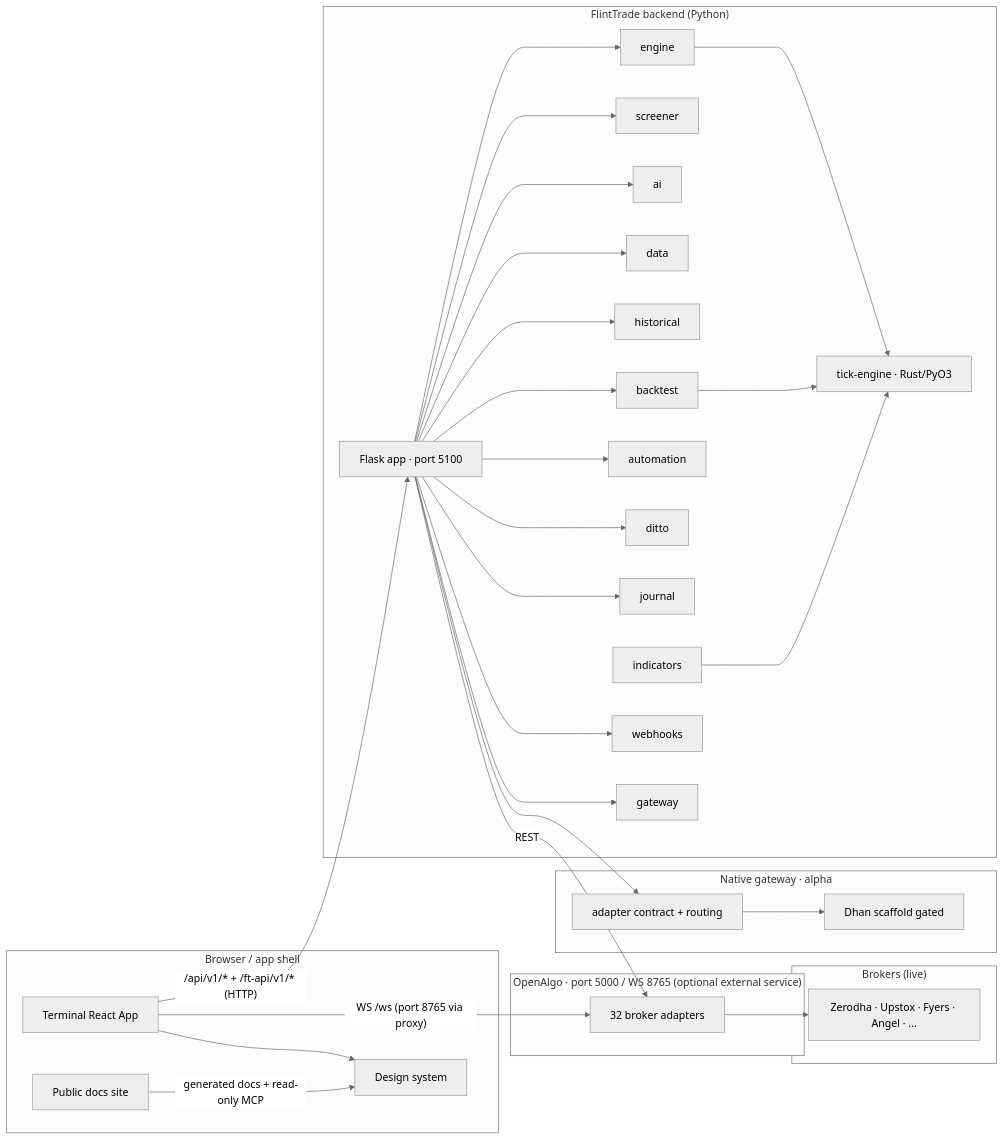
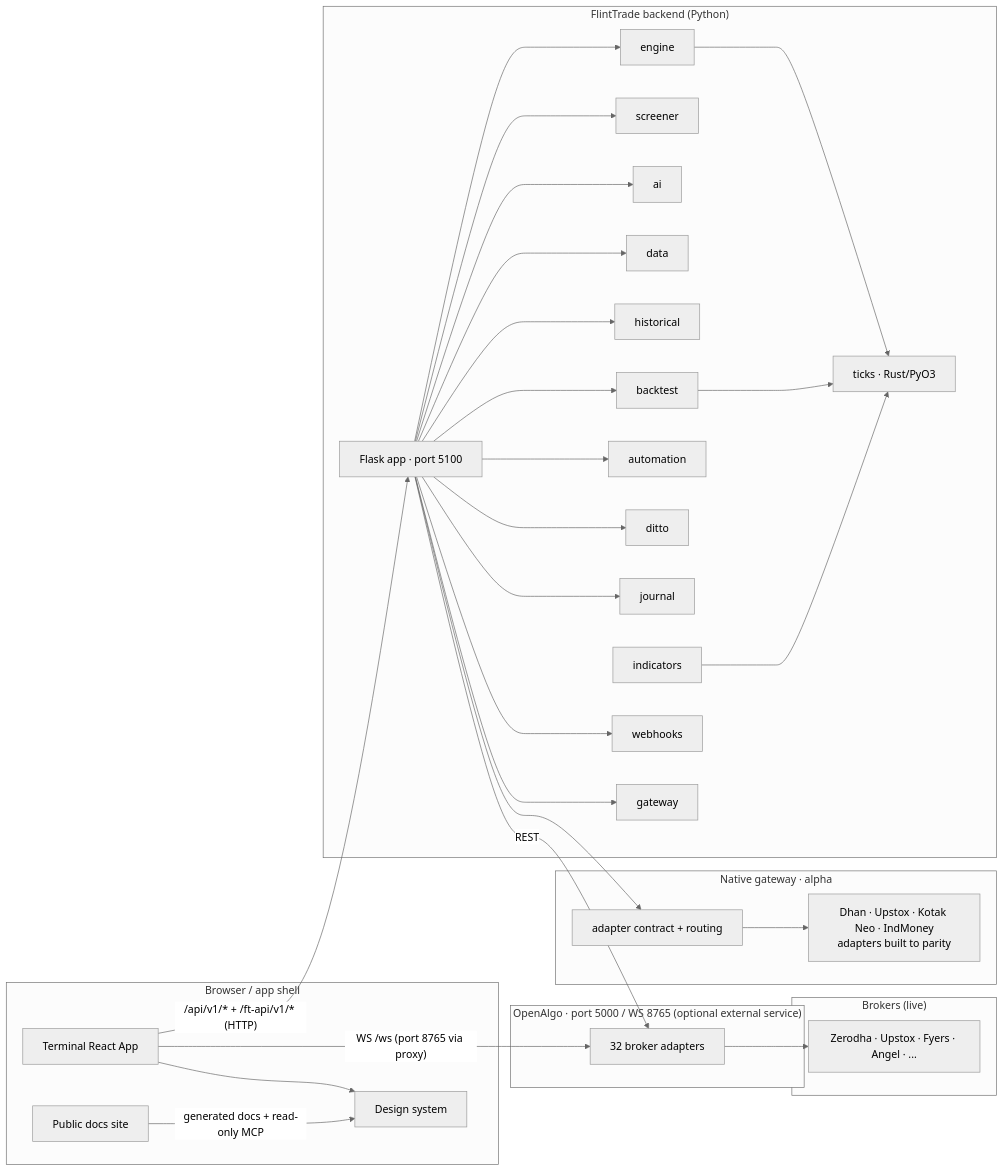
One commit to navaneeshnagarajan/FlintTrade changed the first of 5 diagrams in docs/ARCHITECTURE.md. Above: the diagram before and after it, drawn with Mermaid (neutral theme). The commit also changed other lines of this file and 15 other files, not shown here.

````diff
--- a/docs/ARCHITECTURE.md
+++ b/docs/ARCHITECTURE.md
@@ -16,61 +16,61 @@
 ```mermaid
 flowchart LR
     subgraph Browser["Browser / app shell"]
         T[Terminal React App]
         SITE[Public docs site]
         DS[Design system]
     end
 
     subgraph Backend["FlintTrade backend (Python)"]
         F[Flask app · port 5100]
         E[engine]
         S[screener]
         AI[ai]
         D[data]
         H[historical]
         BT[backtest]
         AUT[automation]
         DIT[ditto]
         JNL[journal]
         IND[indicators]
         ING[webhooks]
         GW[gateway]
-        TICK[tick-engine · Rust/PyO3]
+        TICK[ticks · Rust/PyO3]
     end
 
     subgraph NativeGateway["Native gateway · alpha"]
         NGA[adapter contract + routing]
-        DHAN[Dhan scaffold gated]
+        DHAN[Dhan · Upstox · Kotak Neo · IndMoney<br/>adapters built to parity]
     end
 
     subgraph OpenAlgo["OpenAlgo · port 5000 / WS 8765 (optional external service)"]
         OA[32 broker adapters]
     end
 
     subgraph Brokers["Brokers (live)"]
         B1[Zerodha · Upstox · Fyers · Angel · ...]
     end
 
     T -- "/api/v1/* + /ft-api/v1/* (HTTP)" --> F
     T -- "WS /ws (port 8765 via proxy)" --> OA
     SITE -- "generated docs + read-only MCP" --> DS
     T --> DS
     F --> E
     F --> S
     F --> AI
     F --> D
     F --> H
     F --> BT
     F --> AUT
     F --> DIT
     F --> JNL
     F --> ING
     F --> GW
     E --> TICK
     BT --> TICK
     IND --> TICK
     F --> NGA
     NGA --> DHAN
     F -- "REST" --> OA
     OA --> B1
 ```
````
